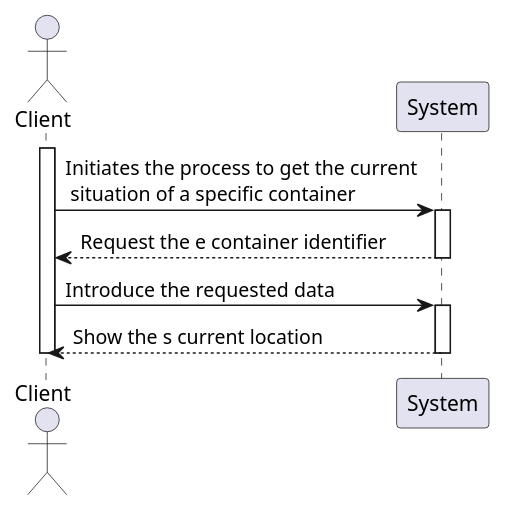
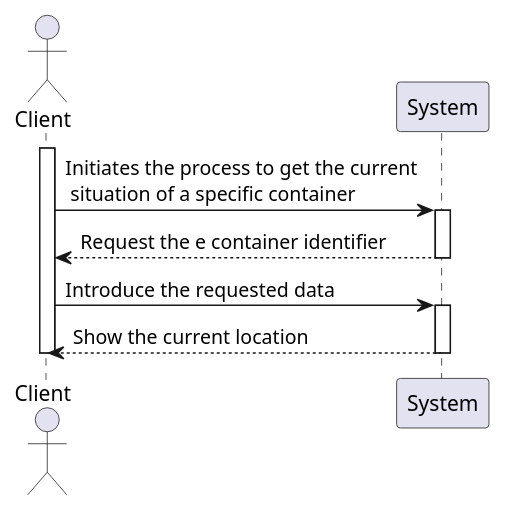
Before and after one commit to 0franciscor/lapr3-2021-g042: the diagram in docs/US204/US204_SSD.puml, drawn with PlantUML. The commit also changed 3 other files, not shown here.

```diff
--- a/docs/US204/US204_SSD.puml
+++ b/docs/US204/US204_SSD.puml
@@ -1,17 +1,17 @@
 @startuml
 'https://plantuml.com/class-diagram
 actor "Client" as C
 participant "System" as SY
 
 activate C
 C -> SY :  Initiates the process to get the current\n situation of a specific container
 activate SY
 SY --> C : Request the e container identifier
 deactivate SY
 C -> SY : Introduce the requested data
 
 activate SY
-SY-->C : Show the s current location
+SY-->C : Show the current location
 deactivate SY
 deactivate C
 @enduml
```
